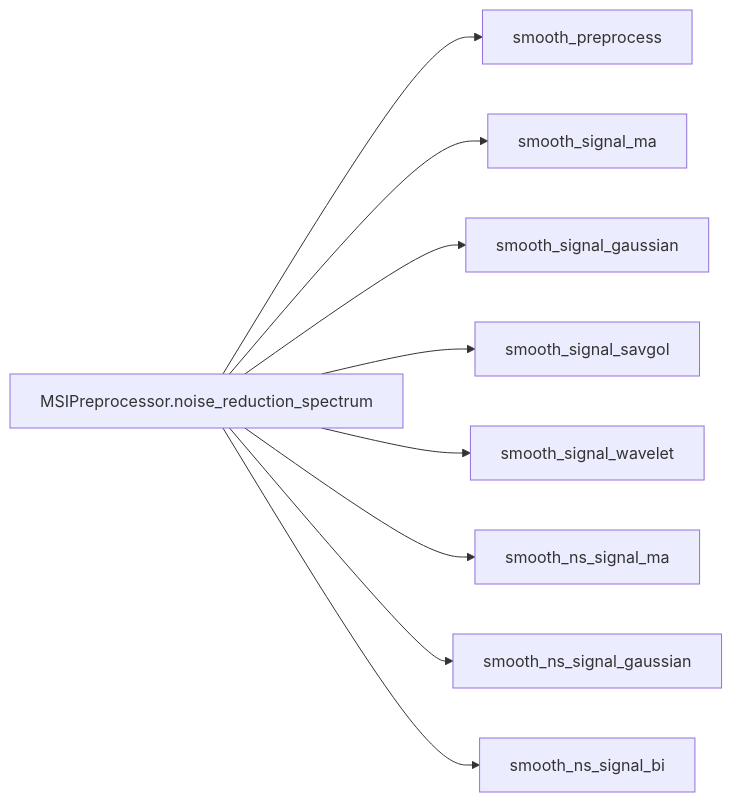
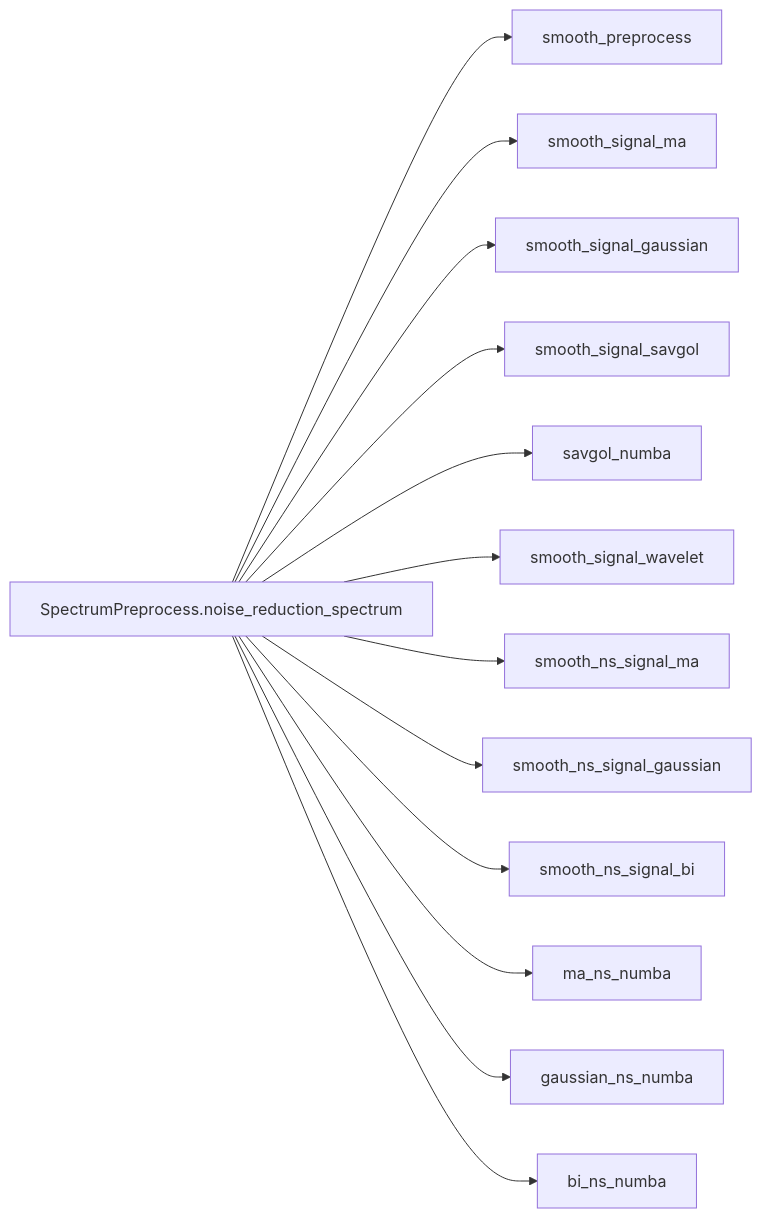
Before and after one commit to dil666555/MassFlow_v0.1: the diagram in docs/en/noise_reduction.md, drawn with Mermaid. The commit also changed other lines of this file and 24 other files, not shown here.

````diff
--- a/docs/en/noise_reduction.md
+++ b/docs/en/noise_reduction.md
@@ -19,11 +19,15 @@
 ```mermaid
 graph LR
-  A["MSIPreprocessor.noise_reduction_spectrum"] --> P[smooth_preprocess]
+  A["SpectrumPreprocess.noise_reduction_spectrum"] --> P[smooth_preprocess]
   A --> MA[smooth_signal_ma]
   A --> G[smooth_signal_gaussian]
   A --> SG[smooth_signal_savgol]
+  A --> SGN[savgol_numba]
   A --> WT[smooth_signal_wavelet]
   A --> MA_NS[smooth_ns_signal_ma]
   A --> G_NS[smooth_ns_signal_gaussian]
   A --> BI_NS[smooth_ns_signal_bi]
+  A --> MA_NS_N[ma_ns_numba]
+  A --> G_NS_N[gaussian_ns_numba]
+  A --> BI_NS_N[bi_ns_numba]
 ```
````
